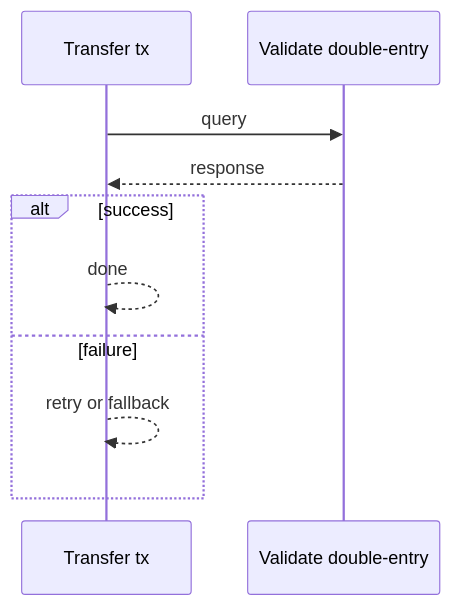
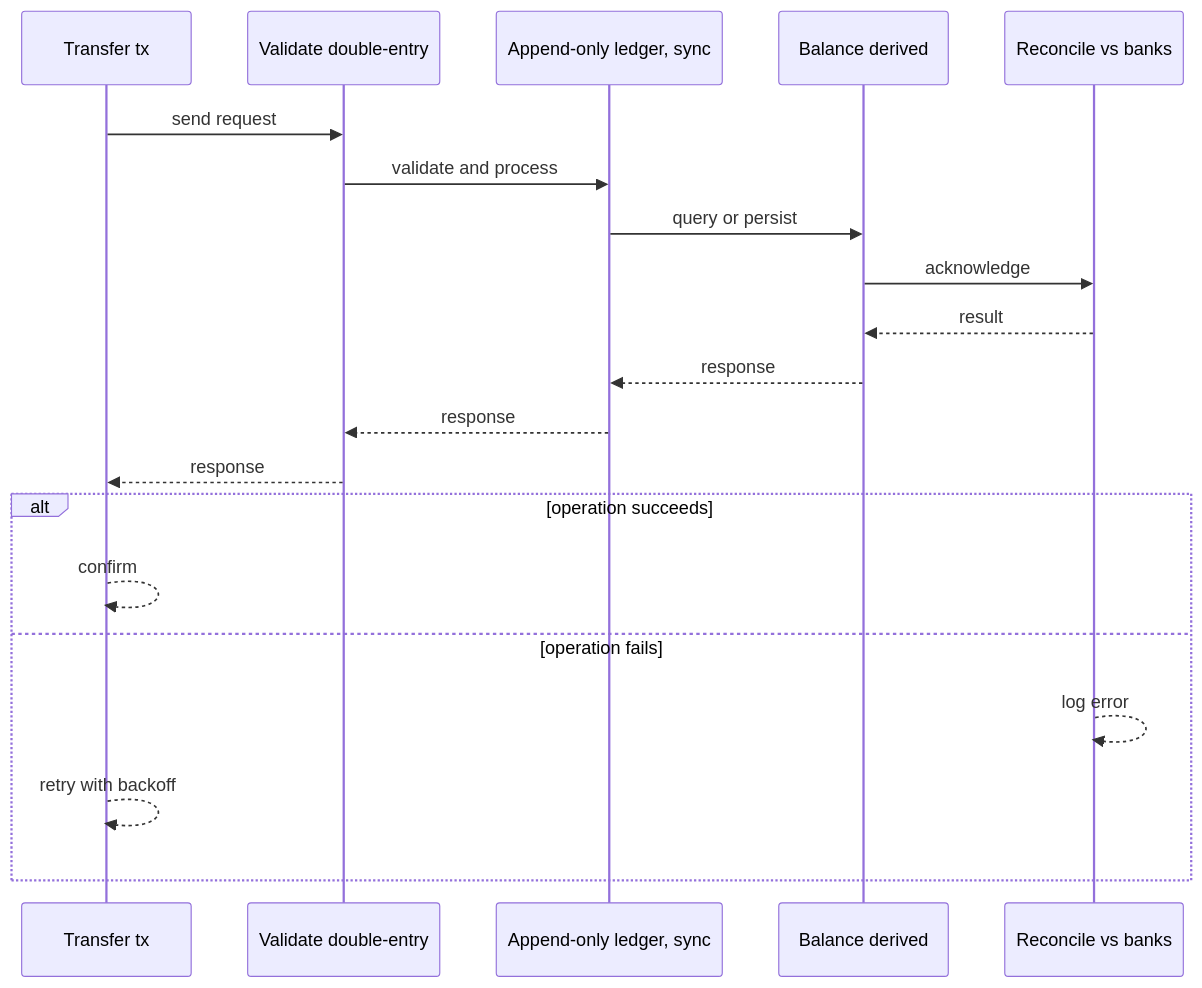
One commit to RIT-MESH/system-design-mastery changed the second of 4 diagrams in case-studies/extreme/banking-ledger.md. Above: the diagram before and after it, drawn with Mermaid. The commit also changed other lines of this file and 64 other files, not shown here.

````diff
--- a/case-studies/extreme/banking-ledger.md
+++ b/case-studies/extreme/banking-ledger.md
@@ -78,13 +65,23 @@
 ```mermaid
 %% created-for: system-design-mastery
 sequenceDiagram
-  participant P0 as Transfer tx
-  participant P1 as Validate double-entry
-  P0 ->> P1: query
-  P1 -->> P0: response
-  alt success
-    P0 -->> P0: done
-  else failure
-    P0 -->> P0: retry or fallback
+  participant C0 as Transfer tx
+  participant C1 as Validate double-entry
+  participant C2 as Append-only ledger, sync
+  participant C3 as Balance derived
+  participant C4 as Reconcile vs banks
+  C0 ->> C1: send request
+  C1 ->> C2: validate and process
+  C2 ->> C3: query or persist
+  C3 ->> C4: acknowledge
+  C4 -->> C3: result
+  C3 -->> C2: response
+  C2 -->> C1: response
+  C1 -->> C0: response
+  alt operation succeeds
+    C0 -->> C0: confirm
+  else operation fails
+    C4 -->> C4: log error
+    C0 -->> C0: retry with backoff
   end
 ```
````
